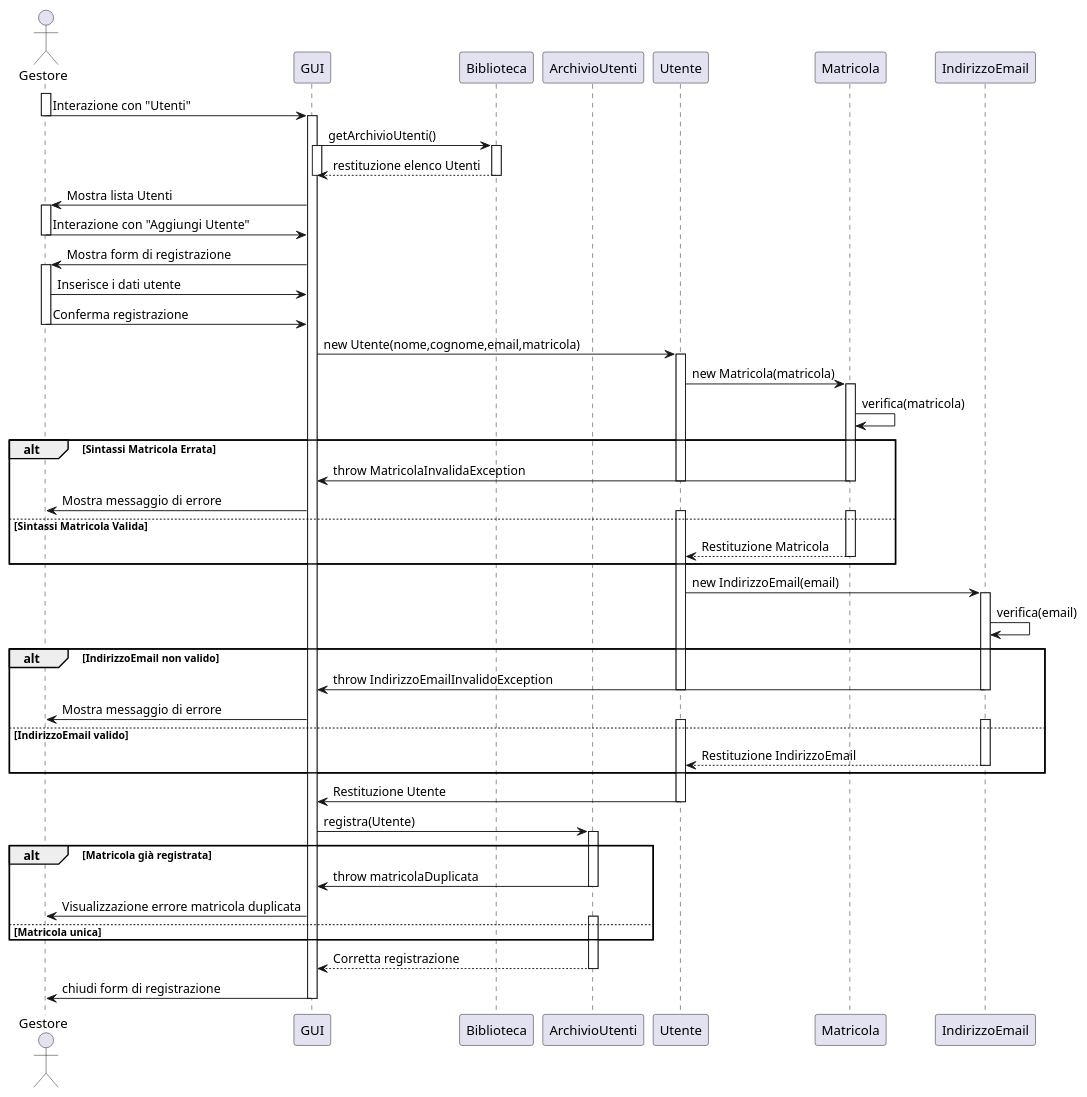
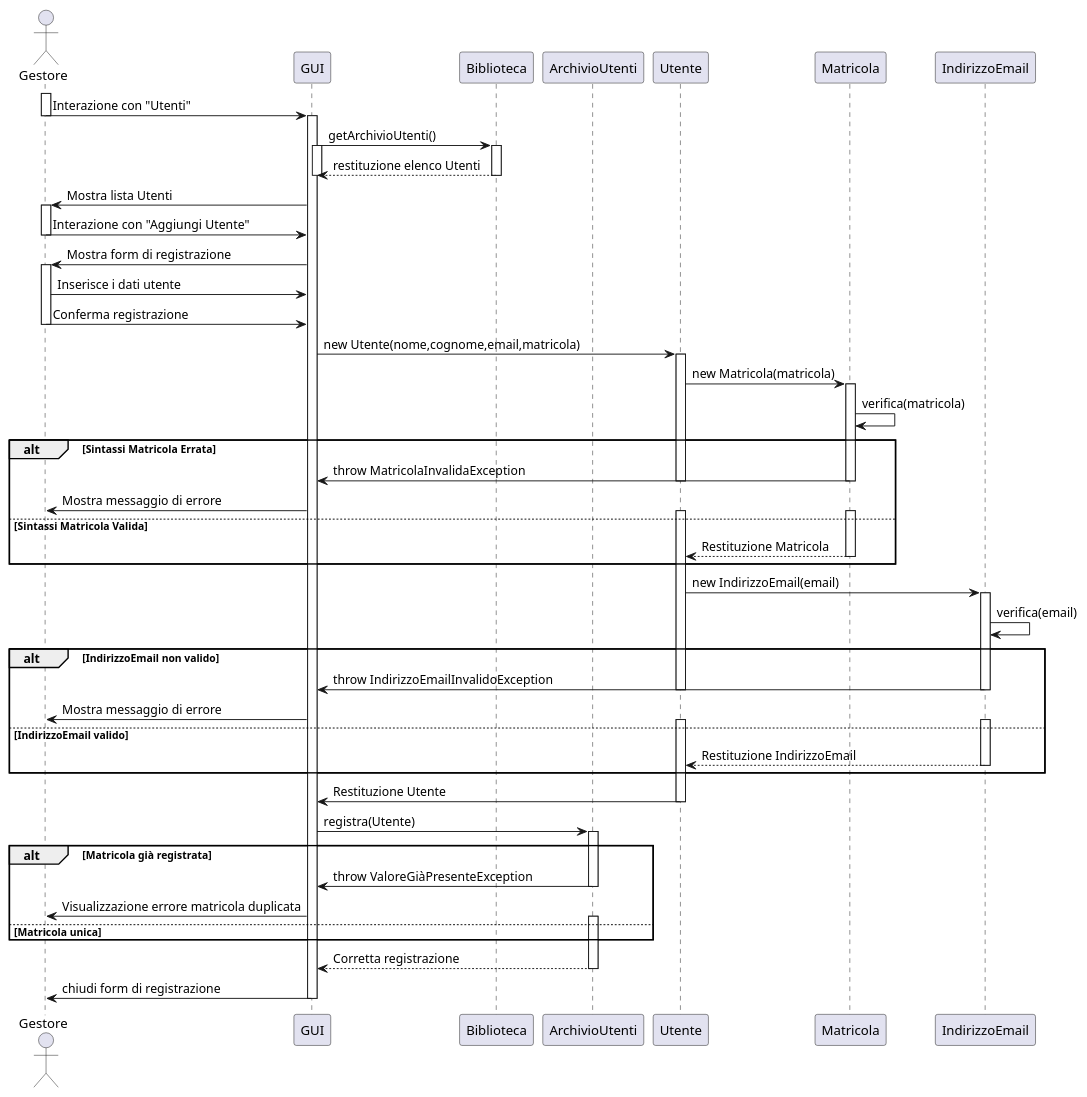
One commit to Meziu/easylibrary changed the diagram in docs/uml/DiagrammiSequenza/UMLinserisciUtente.puml. Above: the diagram before and after it, drawn with PlantUML. The commit also changed 5 other files, not shown here.

```diff
--- a/docs/uml/DiagrammiSequenza/UMLinserisciUtente.puml
+++ b/docs/uml/DiagrammiSequenza/UMLinserisciUtente.puml
@@ -1,101 +1,101 @@
 @startuml
 actor Gestore as G
 participant "GUI" as UI
 participant "Biblioteca" as B
 participant "ArchivioUtenti" as A
 participant "Utente" as U
 participant "Matricola" as M
 participant "IndirizzoEmail" as E
 activate G
 ' ----- Inizio -----
 
 G -> UI : Interazione con "Utenti"
 deactivate G
 activate UI
 UI -> B : getArchivioUtenti()
 activate UI
 activate B
 B --> UI : restituzione elenco Utenti
 deactivate B
 deactivate UI
 UI -> G : Mostra lista Utenti
 activate G
 
 G -> UI : Interazione con "Aggiungi Utente"
 deactivate G
 
 UI -> G : Mostra form di registrazione
 
 activate G
 G -> UI : Inserisce i dati utente
 G -> UI : Conferma registrazione
 deactivate G
 
 ' ----- Invio dati a Sistema -----
 UI -> U : new Utente(nome,cognome,email,matricola)
 
 activate U
 U -> M : new Matricola(matricola)
 activate M
 M -> M : verifica(matricola)
 'deactivate UI
 
 ' ----- Controllo Sintassi Matricola -----
 alt Sintassi Matricola Errata
     M -> UI : throw MatricolaInvalidaException
     deactivate M
     deactivate U
     'activate UI
     UI -> G : Mostra messaggio di errore
 
     else Sintassi Matricola Valida
     activate U
     activate M
     M --> U : Restituzione Matricola
     deactivate M
 end
 
 ' ----- Controllo Email -----
 
 U -> E : new IndirizzoEmail(email)
 activate E
 E -> E : verifica(email)
 
 alt IndirizzoEmail non valido
     E -> UI : throw IndirizzoEmailInvalidoException
     deactivate E
     deactivate U
 
     UI -> G : Mostra messaggio di errore
 
 else IndirizzoEmail valido
     activate E
     activate U
 
     E --> U : Restituzione IndirizzoEmail
     deactivate E
 end
 
 U -> UI : Restituzione Utente
 deactivate U
 
 ' ----- Controllo Matricola -----
 UI -> A : registra(Utente)
 activate A
 alt Matricola già registrata
 
-    A -> UI : throw matricolaDuplicata
+    A -> UI : throw ValoreGiàPresenteException
     deactivate A
 
     UI -> G : Visualizzazione errore matricola duplicata
 else Matricola unica
     activate A
 
 end
 
 ' ----- Conclusione -----
-A --> UI : Corretta registrazione  
+A --> UI : Corretta registrazione
 deactivate A
 UI -> G : chiudi form di registrazione
 deactivate UI
 @enduml
```
